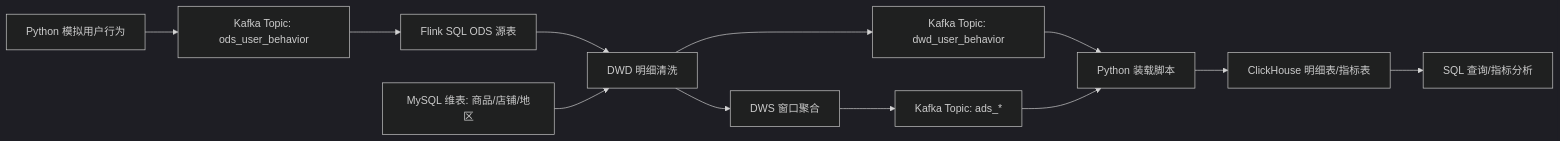
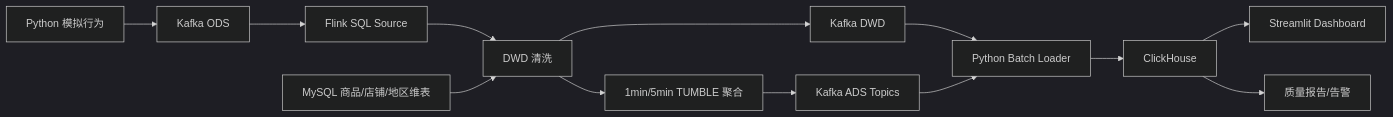
The diagram in realtime_dw_project/docs/architecture.md (WDF577/Pq), drawn with Mermaid (dark theme) before and after one commit. The commit also changed other lines of this file and 19 other files, not shown here.

````diff
--- a/realtime_dw_project/docs/architecture.md
+++ b/realtime_dw_project/docs/architecture.md
@@ -17,14 +17,15 @@
 ```mermaid
 flowchart LR
-    A["Python 模拟用户行为"] --> B["Kafka Topic: ods_user_behavior"]
-    B --> C["Flink SQL ODS 源表"]
-    C --> D["DWD 明细清洗"]
-    E["MySQL 维表: 商品/店铺/地区"] --> D
-    D --> F["DWS 窗口聚合"]
-    D --> G["Kafka Topic: dwd_user_behavior"]
-    F --> H["Kafka Topic: ads_*"]
-    G --> J["Python 装载脚本"]
-    H --> J
-    J --> K["ClickHouse 明细表/指标表"]
-    K --> I["SQL 查询/指标分析"]
+    A[Python 模拟行为] --> B[Kafka ODS]
+    B --> C[Flink SQL Source]
+    C --> D[DWD 清洗]
+    M[MySQL 商品/店铺/地区维表] --> D
+    D --> E[Kafka DWD]
+    D --> F[1min/5min TUMBLE 聚合]
+    F --> G[Kafka ADS Topics]
+    E --> H[Python Batch Loader]
+    G --> H
+    H --> I[ClickHouse]
+    I --> J[Streamlit Dashboard]
+    I --> K[质量报告/告警]
 ```
````
